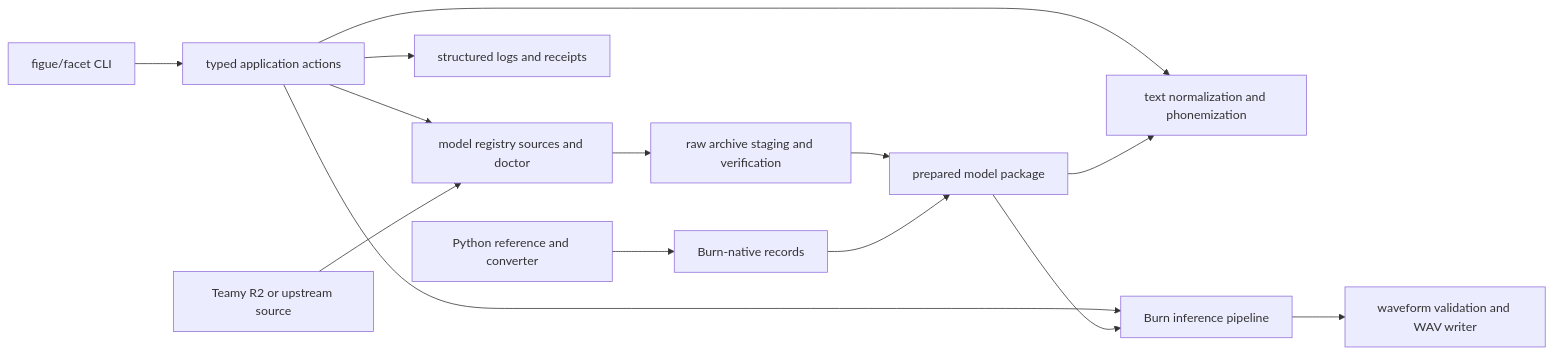
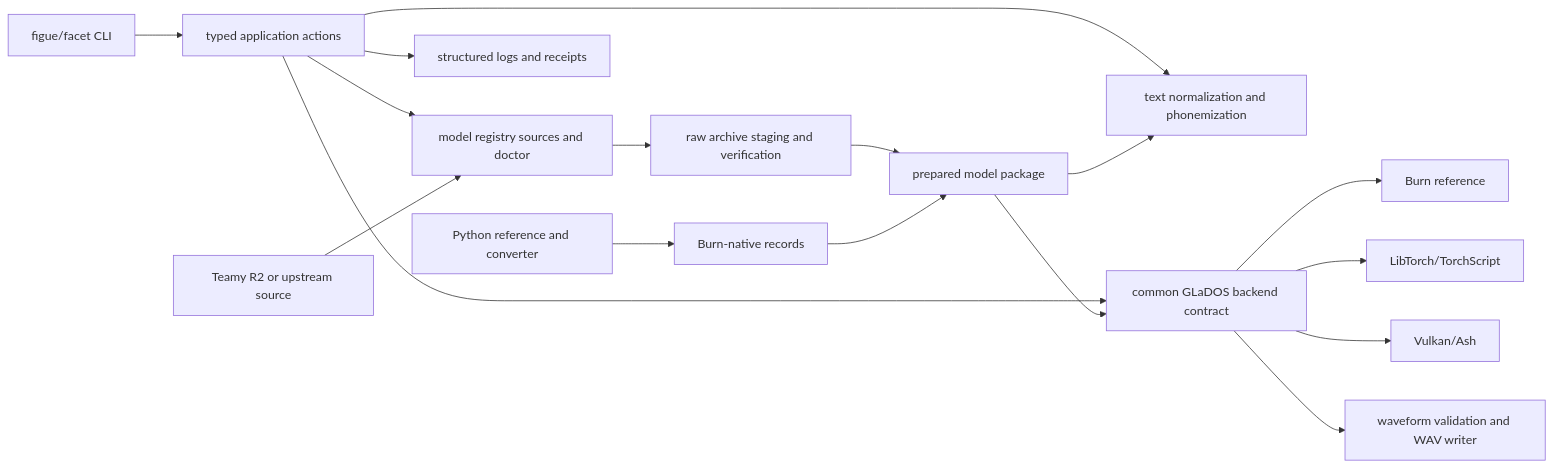
One commit to TeamDman/teamy-tts changed the diagram in PLAN.md. Above: the diagram before and after it, drawn with Mermaid. The commit also changed other lines of this file and 129 other files, not shown here.

```diff
--- a/PLAN.md
+++ b/PLAN.md
@@ -308,16 +514,19 @@
 ~~~mermaid
 flowchart LR
     C[figue/facet CLI] --> A[typed application actions]
     A --> R[model registry sources and doctor]
     A --> F[text normalization and phonemization]
-    A --> B[Burn inference pipeline]
+    A --> B[common GLaDOS backend contract]
+    B --> B1[Burn reference]
+    B --> B2[LibTorch/TorchScript]
+    B --> B3[Vulkan/Ash]
     B --> O[waveform validation and WAV writer]
     S[Teamy R2 or upstream source] --> R
     R --> U[raw archive staging and verification]
     U --> P[prepared model package]
     P --> F
     P --> B
     A --> L[structured logs and receipts]
     X[Python reference and converter] --> E[Burn-native records]
     E --> P
 ~~~
```
